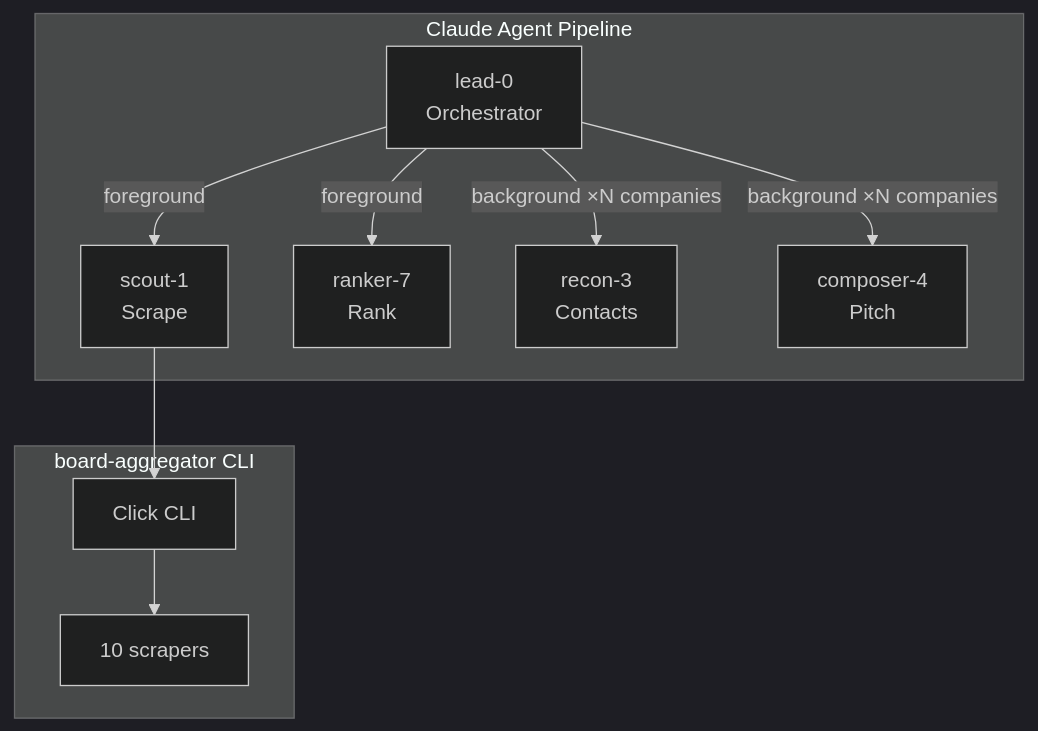
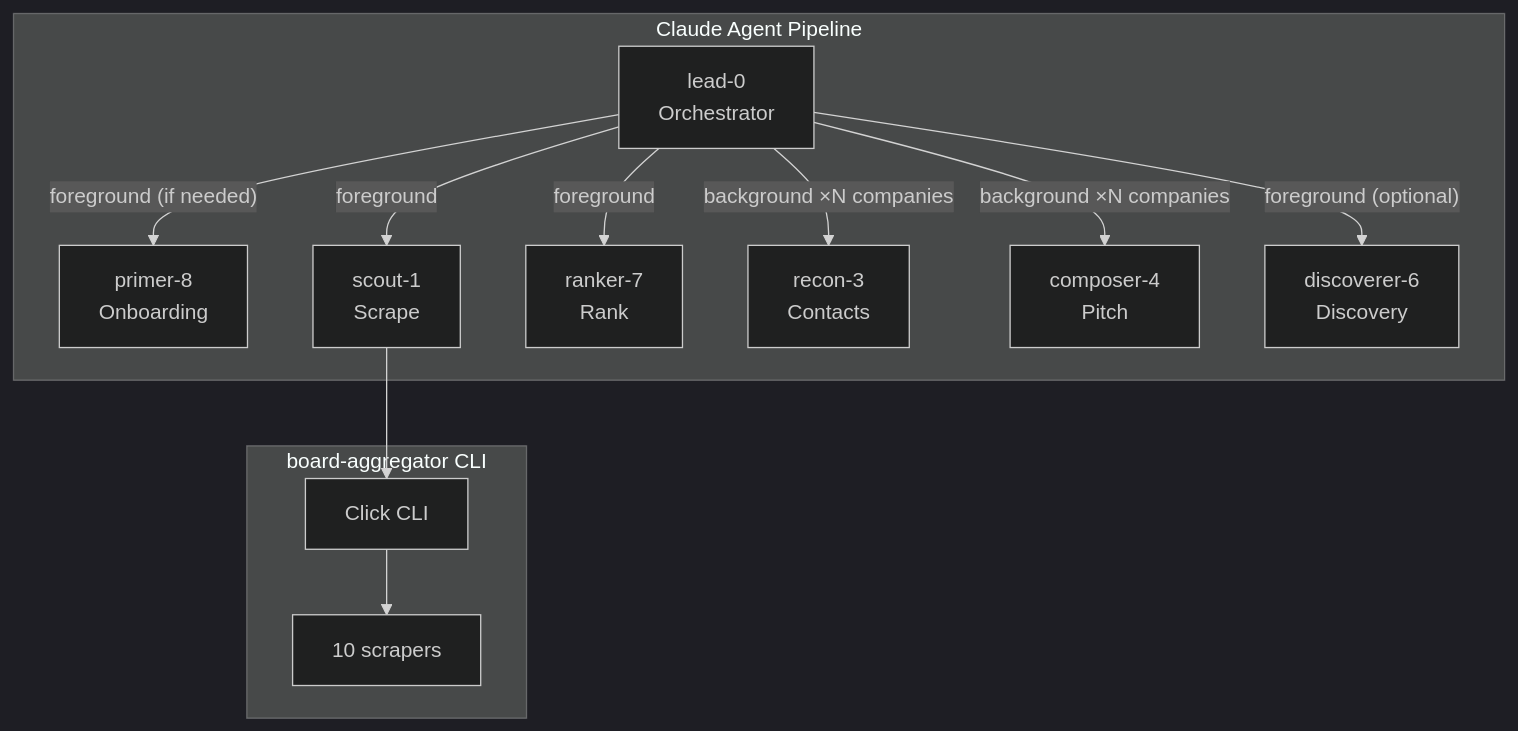
The diagram in README.md (0xquinto/agent-job-research), drawn with Mermaid (dark theme) before and after one commit. The commit also changed other lines of this file, not shown here.

Commit message:
docs: update README with primer-8 onboarding flow and simplified setup

````diff
--- a/README.md
+++ b/README.md
@@ -44,22 +38,26 @@
 ```mermaid
 graph TB
     subgraph Pipeline["Claude Agent Pipeline"]
         Lead[lead-0<br/>Orchestrator]
+        Primer[primer-8<br/>Onboarding]
         Scout[scout-1<br/>Scrape]
         Ranker[ranker-7<br/>Rank]
         Recon[recon-3<br/>Contacts]
         Composer[composer-4<br/>Pitch]
+        Discoverer[discoverer-6<br/>Discovery]
     end
 
     subgraph Scraper["board-aggregator CLI"]
         CLI[Click CLI]
         Scrapers["10 scrapers"]
     end
 
+    Lead -->|"foreground (if needed)"| Primer
     Lead -->|foreground| Scout
     Lead -->|foreground| Ranker
     Lead -->|"background ×N companies"| Recon
     Lead -->|"background ×N companies"| Composer
+    Lead -->|"foreground (optional)"| Discoverer
     Scout --> CLI
     CLI --> Scrapers
 ```
````
